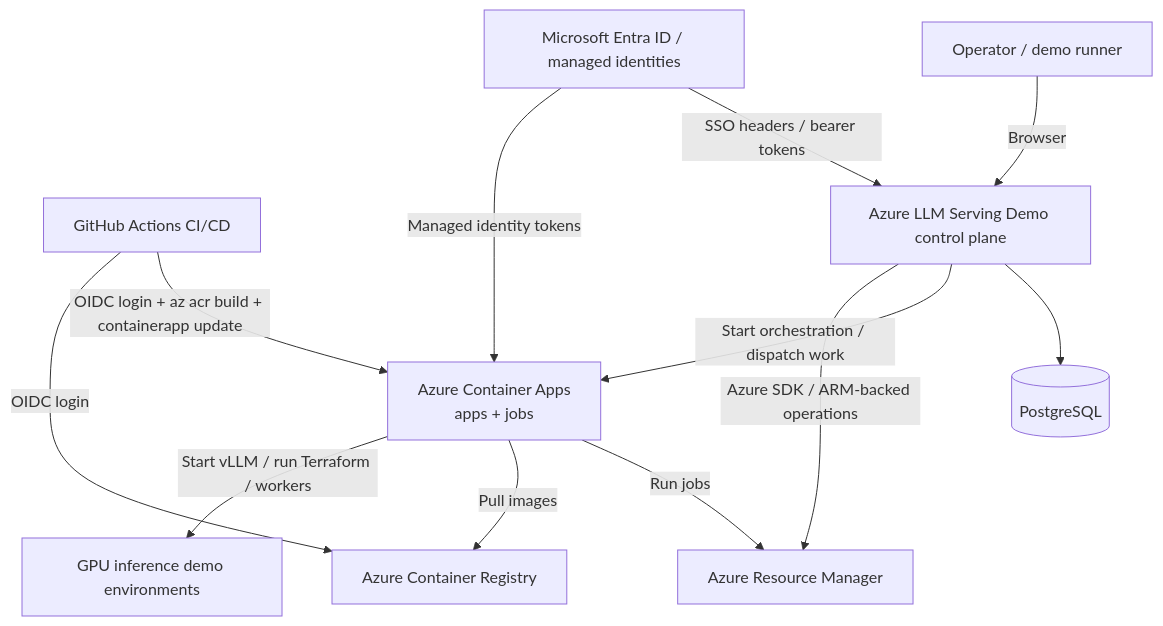
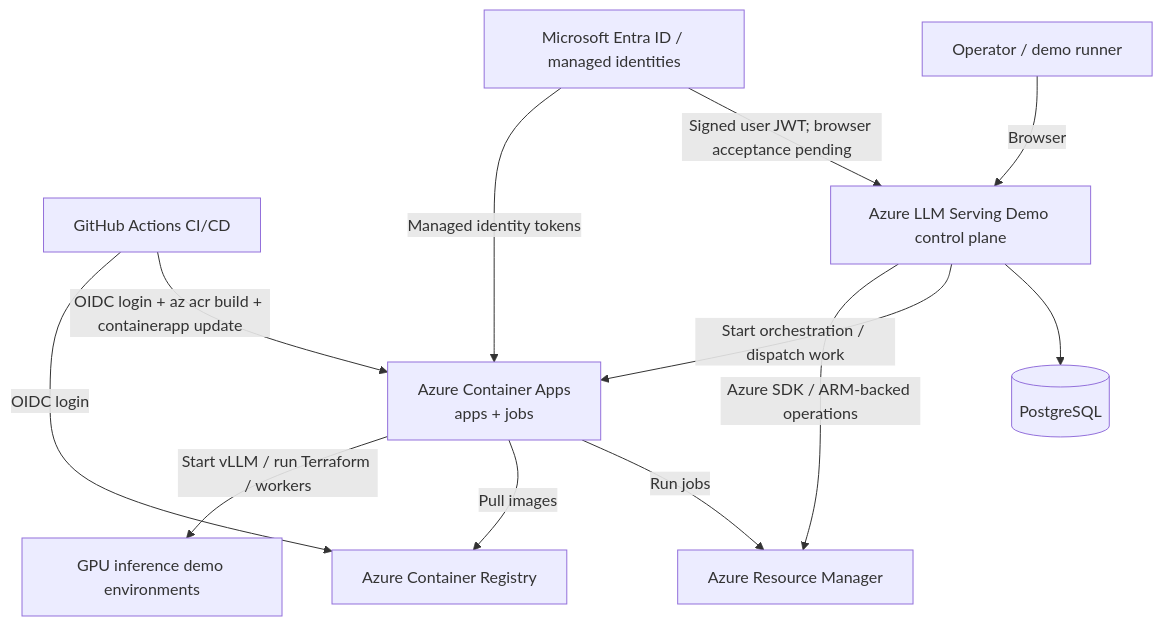
Before and after one commit to ribumann/llmserving: the first of 12 diagrams in docs/ARCHITECTURE.md, drawn with Mermaid. The commit also changed other lines of this file and 8 other files, not shown here.

First line of the commit message:
Document honest release gates, operations and rendered architecture

````diff
--- a/docs/ARCHITECTURE.md
+++ b/docs/ARCHITECTURE.md
@@ -14,24 +18,24 @@
 ```mermaid
 flowchart TB
     Operator[Operator / demo runner]
     GitHub[GitHub Actions CI/CD]
     Entra[Microsoft Entra ID / managed identities]
     App[Azure LLM Serving Demo control plane]
     ARM[Azure Resource Manager]
     ACR[Azure Container Registry]
     ACA[Azure Container Apps<br/>apps + jobs]
     Demo[GPU inference demo environments]
     DB[(PostgreSQL)]
 
     Operator -->|Browser| App
     GitHub -->|OIDC login + az acr build + containerapp update| ACA
     GitHub -->|OIDC login| ACR
     App --> DB
     App -->|Start orchestration / dispatch work| ACA
     App -->|Azure SDK / ARM-backed operations| ARM
     ACA -->|Run jobs| ARM
     ACA -->|Pull images| ACR
     ACA -->|Start vLLM / run Terraform / workers| Demo
-    Entra -->|SSO headers / bearer tokens| App
+    Entra -->|Signed user JWT; browser acceptance pending| App
     Entra -->|Managed identity tokens| ACA
 ```
````
